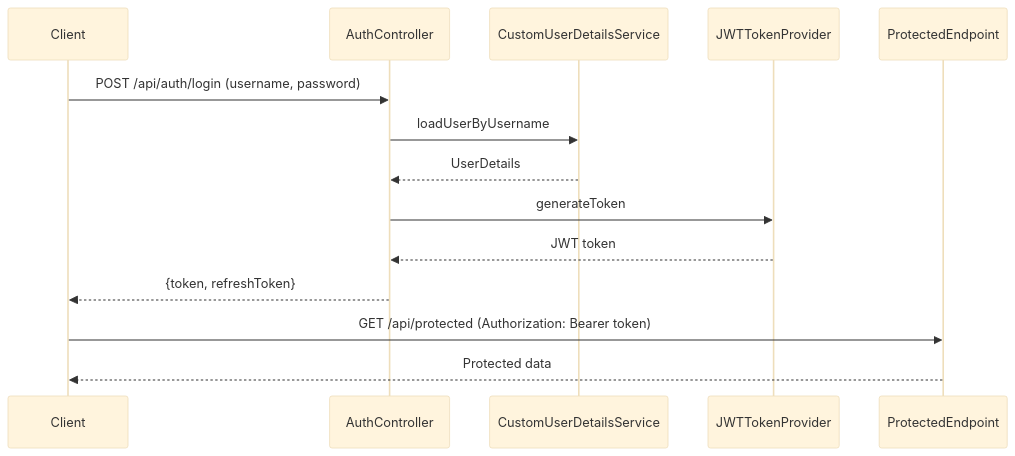
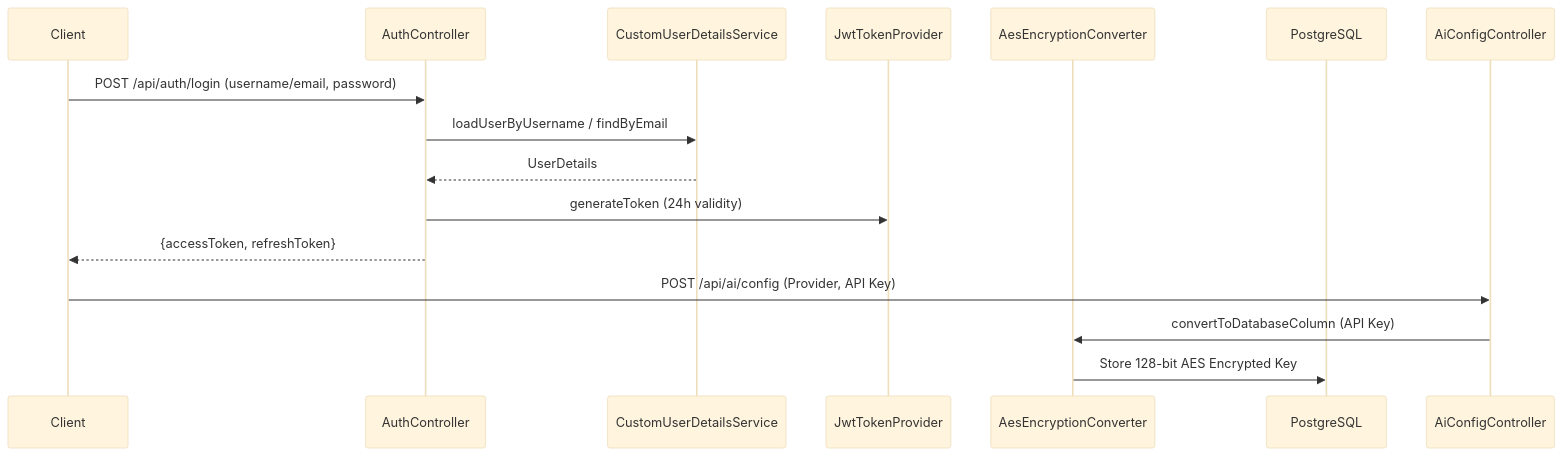
One commit to Dheerajdvn/AI-School-Management-System changed the second of 3 diagrams in Architecture.md. Above: the diagram before and after it, drawn with Mermaid (base theme). The commit also changed other lines of this file and 8 other files, not shown here.

````diff
--- a/Architecture.md
+++ b/Architecture.md
@@ -91,17 +77,18 @@
 ```mermaid
 sequenceDiagram
     participant Client
     participant AuthController
     participant CustomUserDetailsService
-    participant JWTTokenProvider
-    participant ProtectedEndpoint
+    participant JwtTokenProvider
+    participant AesEncryptionConverter
+    participant PostgreSQL
 
-    Client->>AuthController: POST /api/auth/login (username, password)
-    AuthController->>CustomUserDetailsService: loadUserByUsername
+    Client->>AuthController: POST /api/auth/login (username/email, password)
+    AuthController->>CustomUserDetailsService: loadUserByUsername / findByEmail
     CustomUserDetailsService-->>AuthController: UserDetails
-    AuthController->>JWTTokenProvider: generateToken
-    JWTTokenProvider-->>AuthController: JWT token
-    AuthController-->>Client: {token, refreshToken}
-    Client->>ProtectedEndpoint: GET /api/protected (Authorization: Bearer token)
-    ProtectedEndpoint-->>Client: Protected data
+    AuthController->>JwtTokenProvider: generateToken (24h validity)
+    AuthController-->>Client: {accessToken, refreshToken}
+    Client->>AiConfigController: POST /api/ai/config (Provider, API Key)
+    AiConfigController->>AesEncryptionConverter: convertToDatabaseColumn (API Key)
+    AesEncryptionConverter->>PostgreSQL: Store 128-bit AES Encrypted Key
 ```
````
